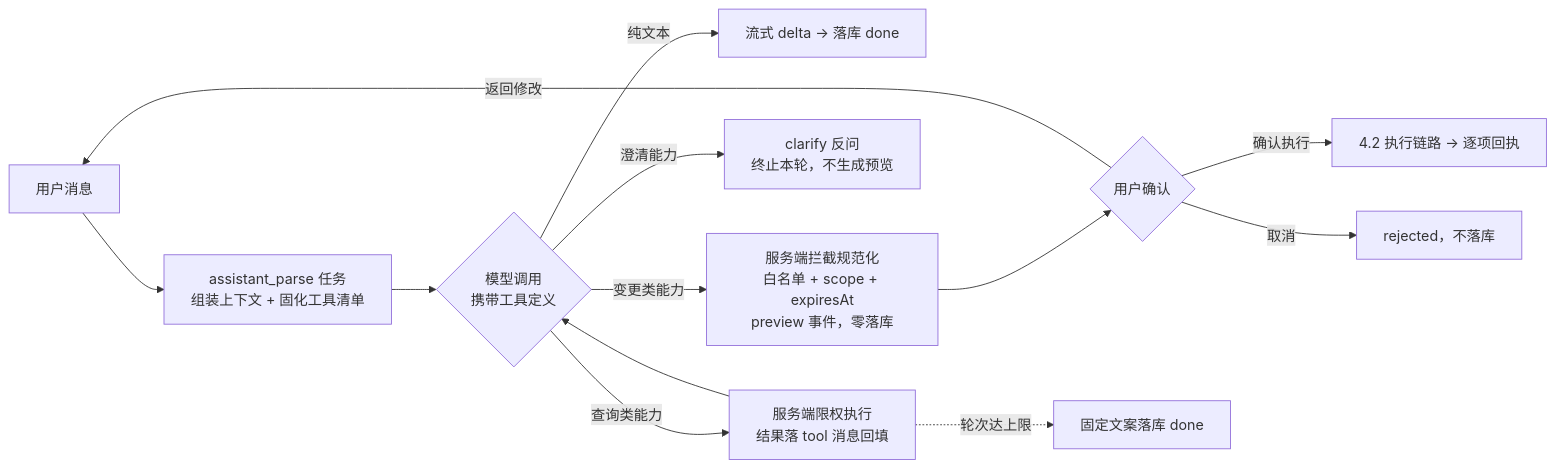
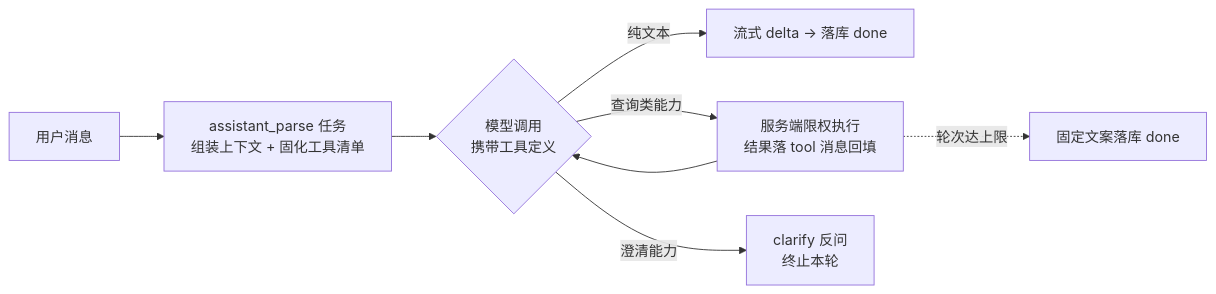
The diagram in docs/04-detailed-design/07-ai-capability/04-ai-assistant.md (XiaoMiSum/robotest), drawn with Mermaid before and after one commit. The commit also changed other lines of this file and 8 other files, not shown here.

````diff
--- a/docs/04-detailed-design/07-ai-capability/04-ai-assistant.md
+++ b/docs/04-detailed-design/07-ai-capability/04-ai-assistant.md
@@ -212,15 +168,10 @@
 ```mermaid
 flowchart LR
     A[用户消息] --> B[assistant_parse 任务<br/>组装上下文 + 固化工具清单]
     B --> C{模型调用<br/>携带工具定义}
     C -->|纯文本| D[流式 delta → 落库 done]
     C -->|查询类能力| E[服务端限权执行<br/>结果落 tool 消息回填]
     E --> C
-    C -->|澄清能力| F[clarify 反问<br/>终止本轮，不生成预览]
-    C -->|变更类能力| G[服务端拦截规范化<br/>白名单 + scope + expiresAt<br/>preview 事件，零落库]
-    G --> H{用户确认}
-    H -->|确认执行| I[4.2 执行链路 → 逐项回执]
-    H -->|取消| J[rejected，不落库]
-    H -->|返回修改| A
+    C -->|澄清能力| F[clarify 反问<br/>终止本轮]
     E -.轮次达上限.-> K[固定文案落库 done]
 ```
````
